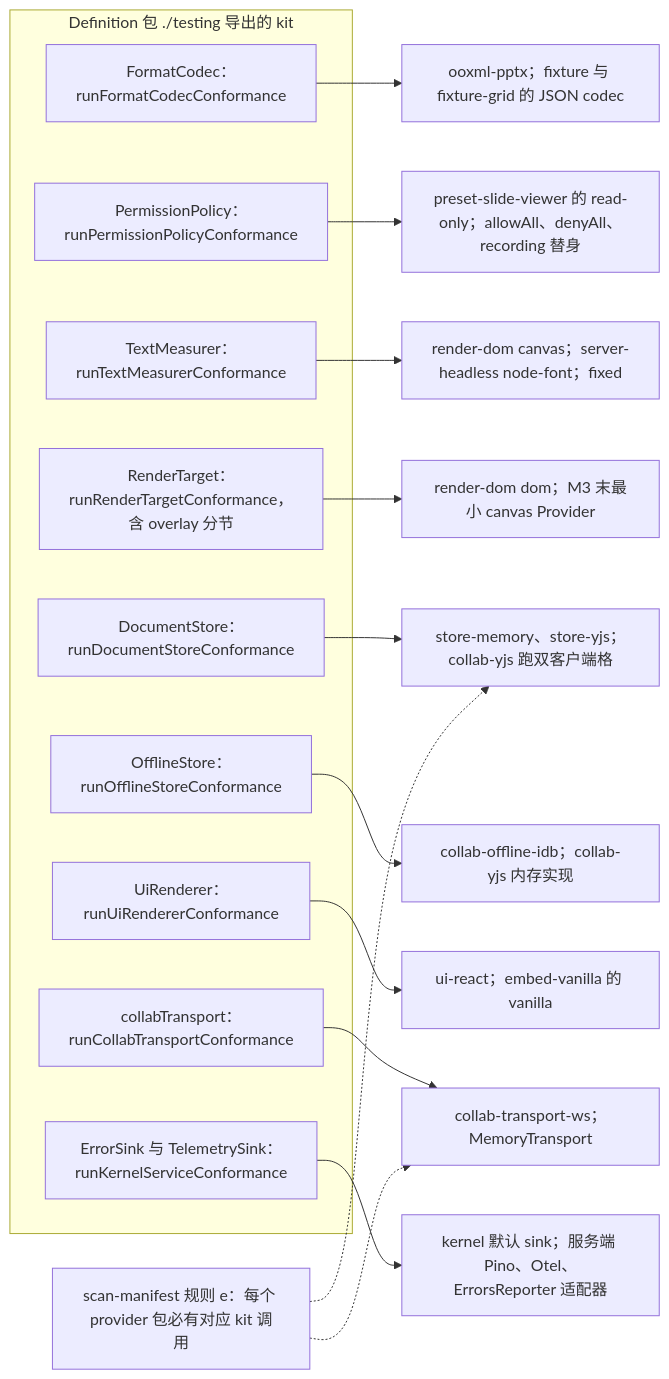
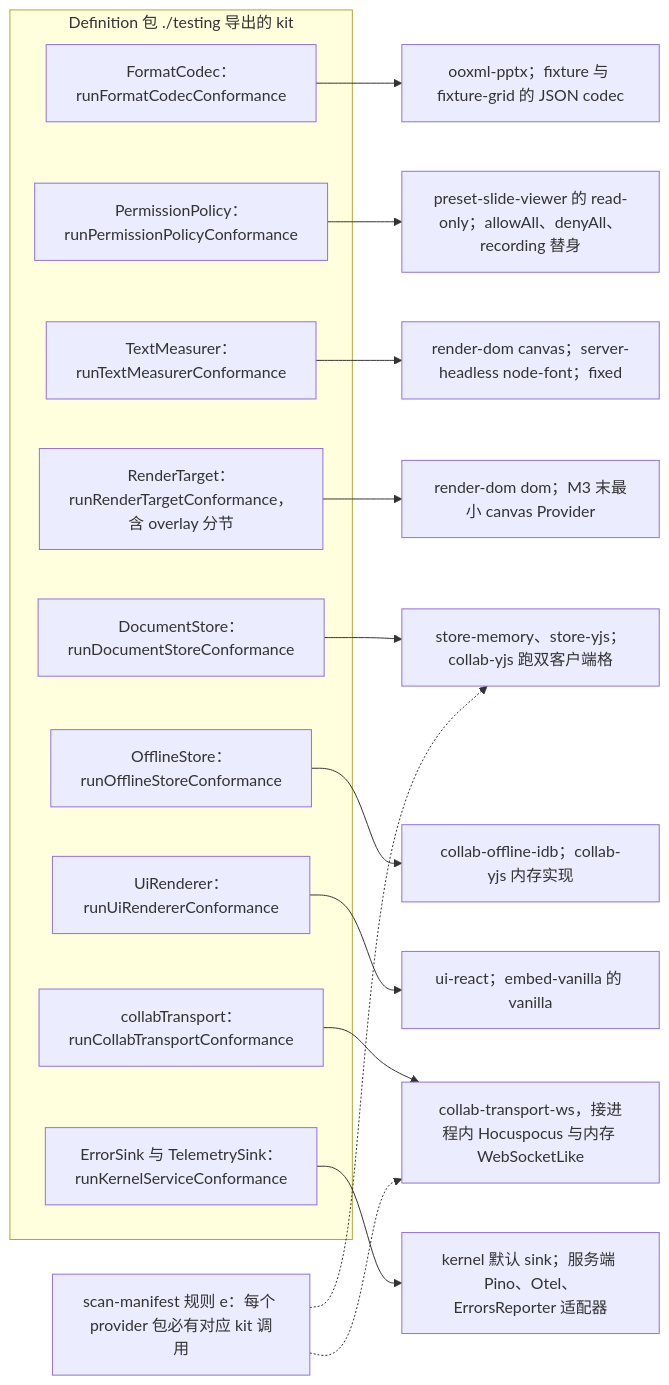
The third of 7 diagrams in docs/70-testing/02-contract-suites-and-pluggability.md (Xeonice/cordis-ppt-editor), drawn with Mermaid before and after one commit. The commit also changed other lines of this file and 12 other files, not shown here.

````diff
--- a/docs/70-testing/02-contract-suites-and-pluggability.md
+++ b/docs/70-testing/02-contract-suites-and-pluggability.md
@@ -237,34 +237,34 @@
 ```mermaid
 flowchart LR
   subgraph kits["Definition 包 ./testing 导出的 kit"]
     kDs["DocumentStore：runDocumentStoreConformance"]
     kCodec["FormatCodec：runFormatCodecConformance"]
     kPolicy["PermissionPolicy：runPermissionPolicyConformance"]
     kMeasure["TextMeasurer：runTextMeasurerConformance"]
     kTarget["RenderTarget：runRenderTargetConformance，含 overlay 分节"]
     kTransport["collabTransport：runCollabTransportConformance"]
     kOffline["OfflineStore：runOfflineStoreConformance"]
     kUi["UiRenderer：runUiRendererConformance"]
     kKernel["ErrorSink 与 TelemetrySink：runKernelServiceConformance"]
   end
   pStore["store-memory、store-yjs；collab-yjs 跑双客户端格"]
   pCodec["ooxml-pptx；fixture 与 fixture-grid 的 JSON codec"]
   pPolicy["preset-slide-viewer 的 read-only；allowAll、denyAll、recording 替身"]
   pMeasure["render-dom canvas；server-headless node-font；fixed"]
   pTarget["render-dom dom；M3 末最小 canvas Provider"]
-  pTransport["collab-transport-ws；MemoryTransport"]
+  pTransport["collab-transport-ws，接进程内 Hocuspocus 与内存 WebSocketLike"]
   pOffline["collab-offline-idb；collab-yjs 内存实现"]
   pUi["ui-react；embed-vanilla 的 vanilla"]
   pKernel["kernel 默认 sink；服务端 Pino、Otel、ErrorsReporter 适配器"]
   kDs --> pStore
   kCodec --> pCodec
   kPolicy --> pPolicy
   kMeasure --> pMeasure
   kTarget --> pTarget
   kTransport --> pTransport
   kOffline --> pOffline
   kUi --> pUi
   kKernel --> pKernel
   scan["scan-manifest 规则 e：每个 provider 包必有对应 kit 调用"] -.-> pStore
   scan -.-> pTransport
 ```
````
